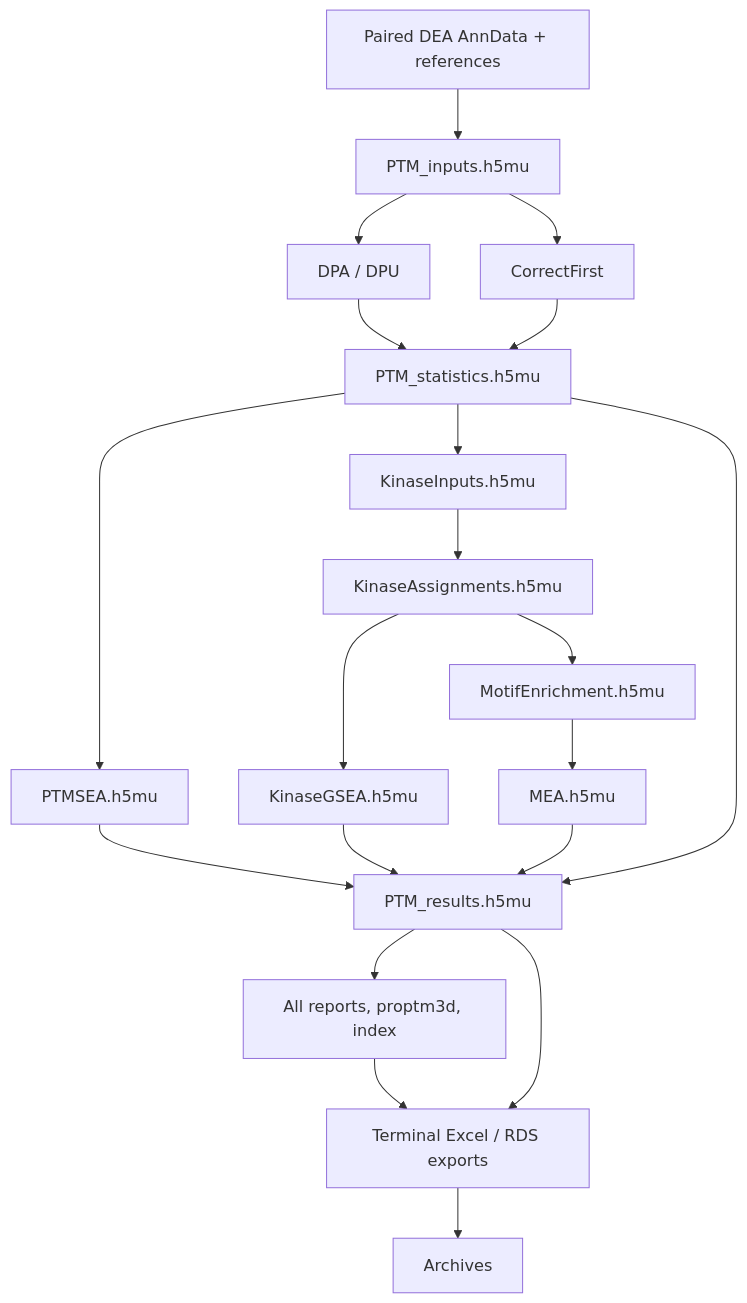
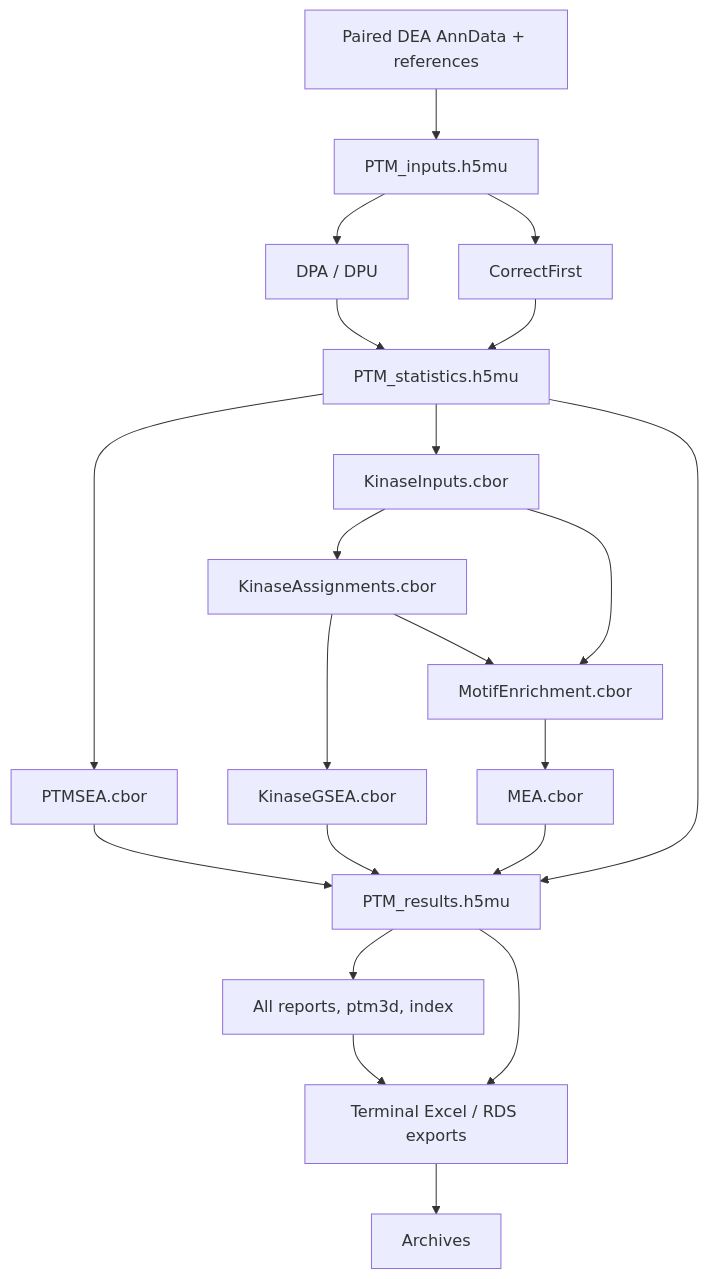
One commit to wolski/ptm-pipeline changed the diagram in docs/index.md. Above: the diagram before and after it, drawn with Mermaid. The commit also changed other lines of this file and 11 other files, not shown here.

Commit message:
Use CBOR stage artifacts and archive only final MuData

````diff
--- a/docs/index.md
+++ b/docs/index.md
@@ -53,22 +53,23 @@
 ```mermaid
 flowchart TB
     DEA["Paired DEA AnnData + references"] --> INPUT["PTM_inputs.h5mu"]
     INPUT --> DPA["DPA / DPU"]
     INPUT --> CF["CorrectFirst"]
     DPA --> STATS["PTM_statistics.h5mu"]
     CF --> STATS
-    STATS --> SEA["PTMSEA.h5mu"]
-    STATS --> PREP["KinaseInputs.h5mu"]
-    PREP --> ASSIGN["KinaseAssignments.h5mu"]
-    ASSIGN --> GSEA["KinaseGSEA.h5mu"]
-    ASSIGN --> MOTIF["MotifEnrichment.h5mu"]
-    MOTIF --> MEA["MEA.h5mu"]
+    STATS --> SEA["PTMSEA.cbor"]
+    STATS --> PREP["KinaseInputs.cbor"]
+    PREP --> ASSIGN["KinaseAssignments.cbor"]
+    ASSIGN --> GSEA["KinaseGSEA.cbor"]
+    ASSIGN --> MOTIF["MotifEnrichment.cbor"]
+    PREP --> MOTIF
+    MOTIF --> MEA["MEA.cbor"]
     SEA --> FINAL["PTM_results.h5mu"]
     GSEA --> FINAL
     MEA --> FINAL
     STATS --> FINAL
-    FINAL --> REPORTS["All reports, proptm3d, index"]
+    FINAL --> REPORTS["All reports, ptm3d, index"]
     REPORTS --> EXPORT["Terminal Excel / RDS exports"]
     FINAL --> EXPORT
     EXPORT --> ZIP["Archives"]
 ```
````
